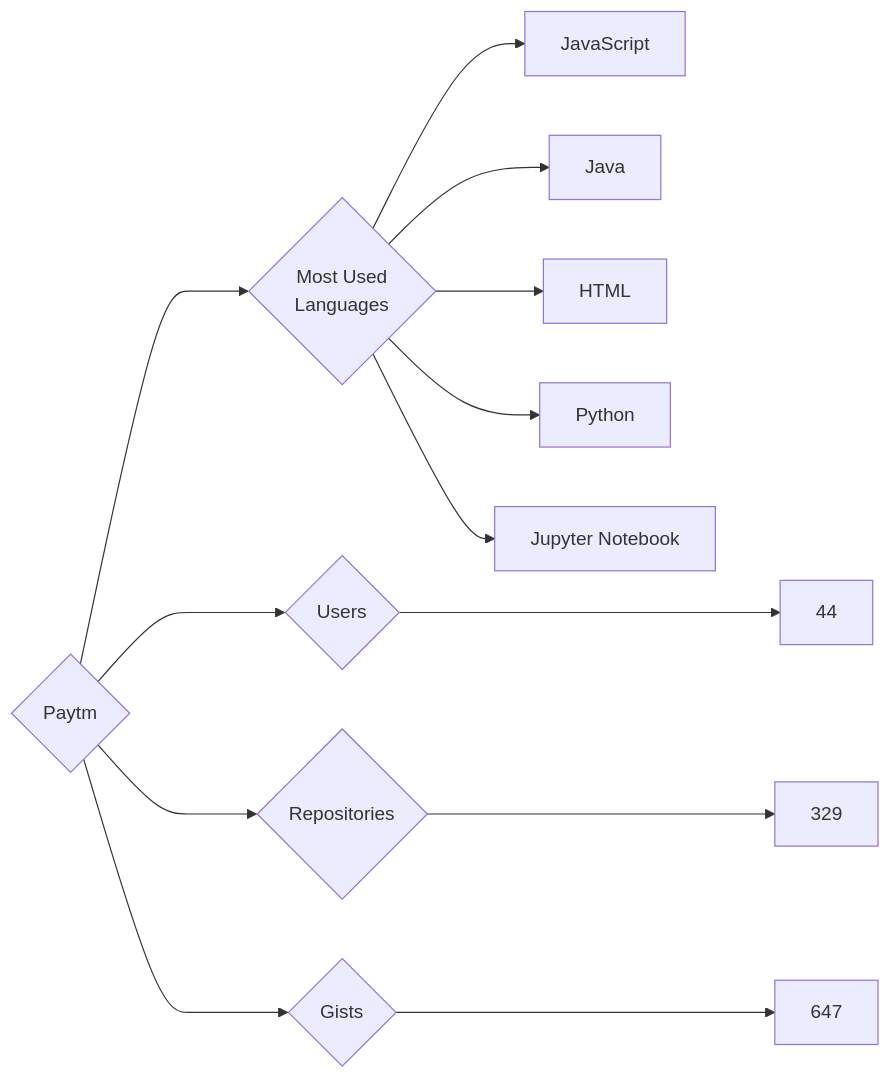
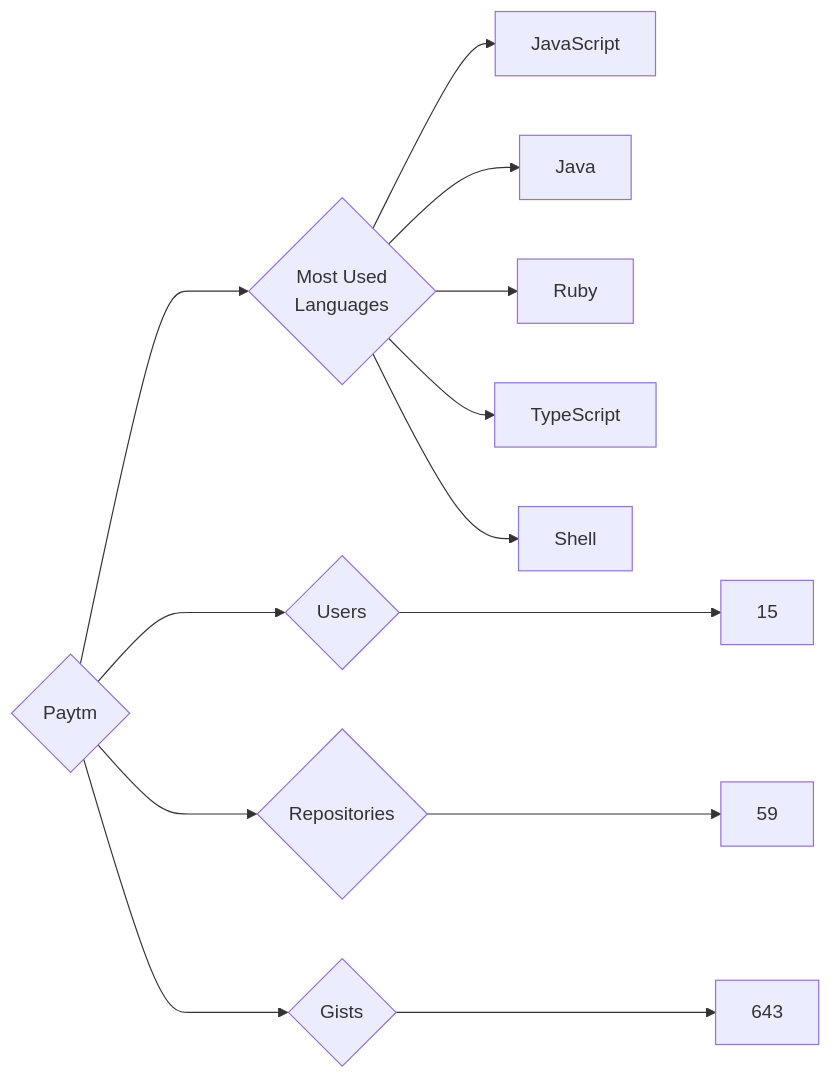
Before and after one commit to trickest/insiders: the diagram in targets/Paytm/README.md, drawn with Mermaid. The commit also changed 976 other files, not shown here.

````diff
--- a/targets/Paytm/README.md
+++ b/targets/Paytm/README.md
@@ -3,13 +3,13 @@
 ```mermaid
 graph LR
 COMPANY_NAME{Paytm}
-COMPANY_NAME ---> U{Users} ---> UN[44]
-COMPANY_NAME ---> R{Repositories} ---> RN[329]
-COMPANY_NAME ---> G{Gists} ---> GN[647]
+COMPANY_NAME ---> U{Users} ---> UN[15]
+COMPANY_NAME ---> R{Repositories} ---> RN[59]
+COMPANY_NAME ---> G{Gists} ---> GN[643]
 COMPANY_NAME ---> ML{Most Used<br>Languages}
 ML --> JavaScript[JavaScript]
 ML --> Java[Java]
-ML --> HTML[HTML]
-ML --> Python[Python]
-ML --> Jupyter_Notebook[Jupyter Notebook]
+ML --> Ruby[Ruby]
+ML --> TypeScript[TypeScript]
+ML --> Shell[Shell]
 ```
````
